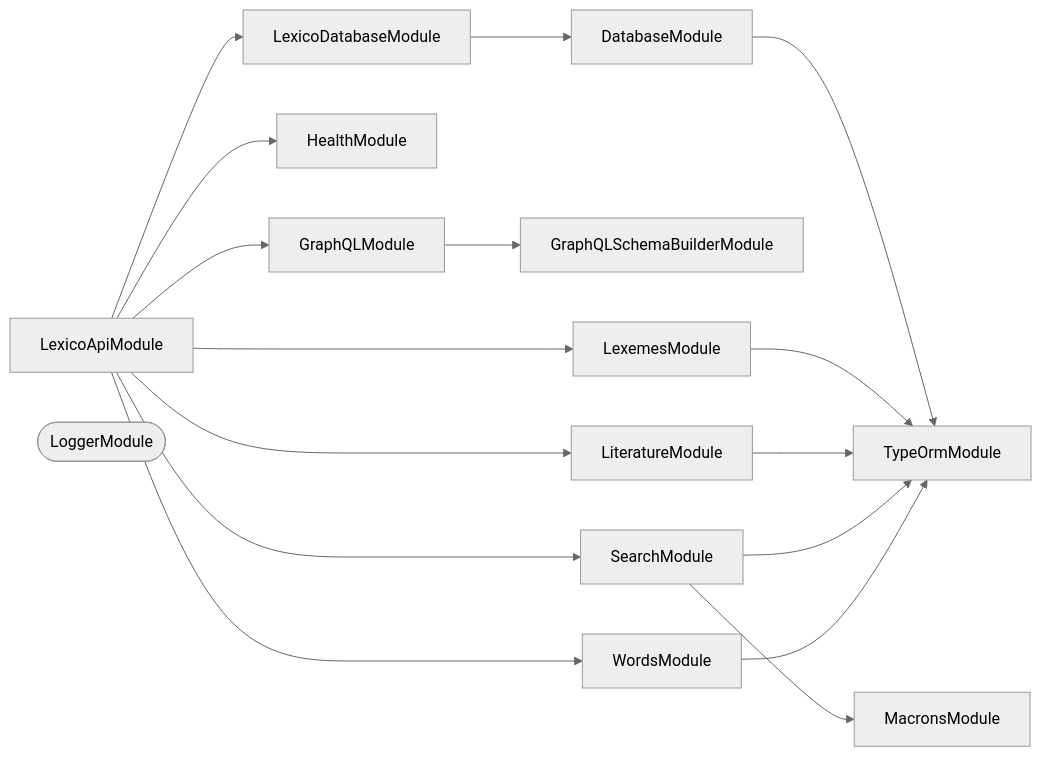
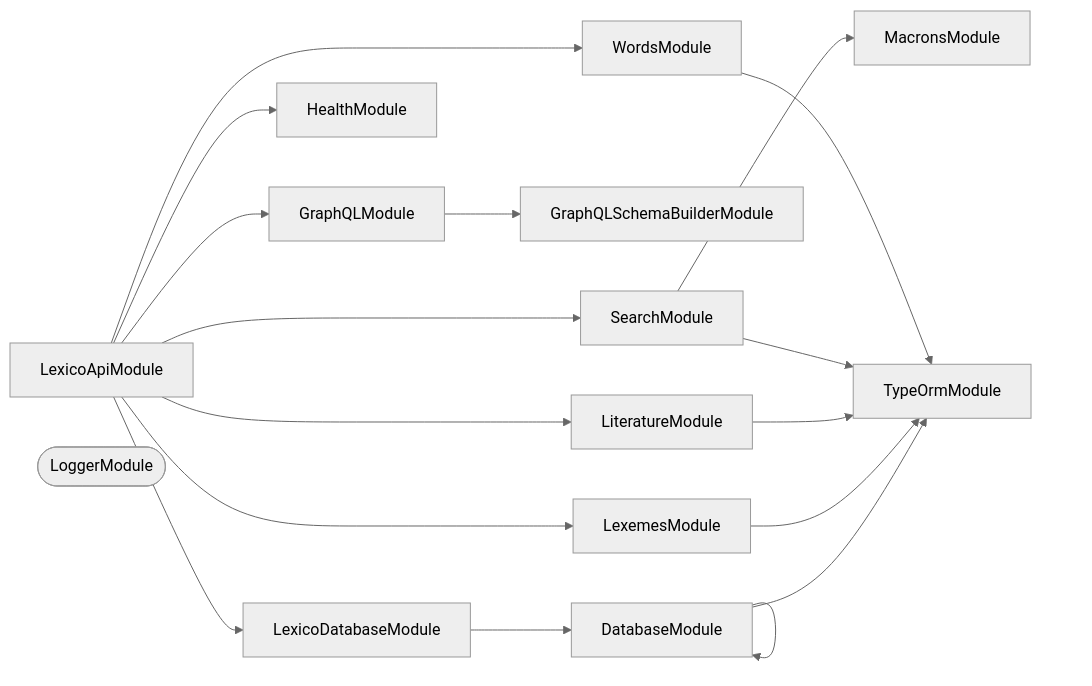
One commit to Organizzolini/codebase changed the third of 3 diagrams in applications/lexico-api/README.md. Above: the diagram before and after it, drawn with Mermaid (neutral theme). The commit also changed other lines of this file and 8 other files, not shown here.

````diff
--- a/applications/lexico-api/README.md
+++ b/applications/lexico-api/README.md
@@ -320,31 +325,32 @@
 ```mermaid
 flowchart LR
   DatabaseModule
   GraphQLModule
   GraphQLSchemaBuilderModule
   HealthModule
   LexemesModule
   LexicoApiModule
   LexicoDatabaseModule
   LiteratureModule
   LoggerModule([LoggerModule])
   MacronsModule
   SearchModule
   TypeOrmModule
   WordsModule
+  DatabaseModule --> DatabaseModule
   DatabaseModule --> TypeOrmModule
   GraphQLModule --> GraphQLSchemaBuilderModule
   LexemesModule --> TypeOrmModule
   LexicoApiModule --> GraphQLModule
   LexicoApiModule --> HealthModule
   LexicoApiModule --> LexemesModule
   LexicoApiModule --> LexicoDatabaseModule
   LexicoApiModule --> LiteratureModule
   LexicoApiModule --> SearchModule
   LexicoApiModule --> WordsModule
   LexicoDatabaseModule --> DatabaseModule
   LiteratureModule --> TypeOrmModule
   SearchModule --> MacronsModule
   SearchModule --> TypeOrmModule
   WordsModule --> TypeOrmModule
 ```
````
